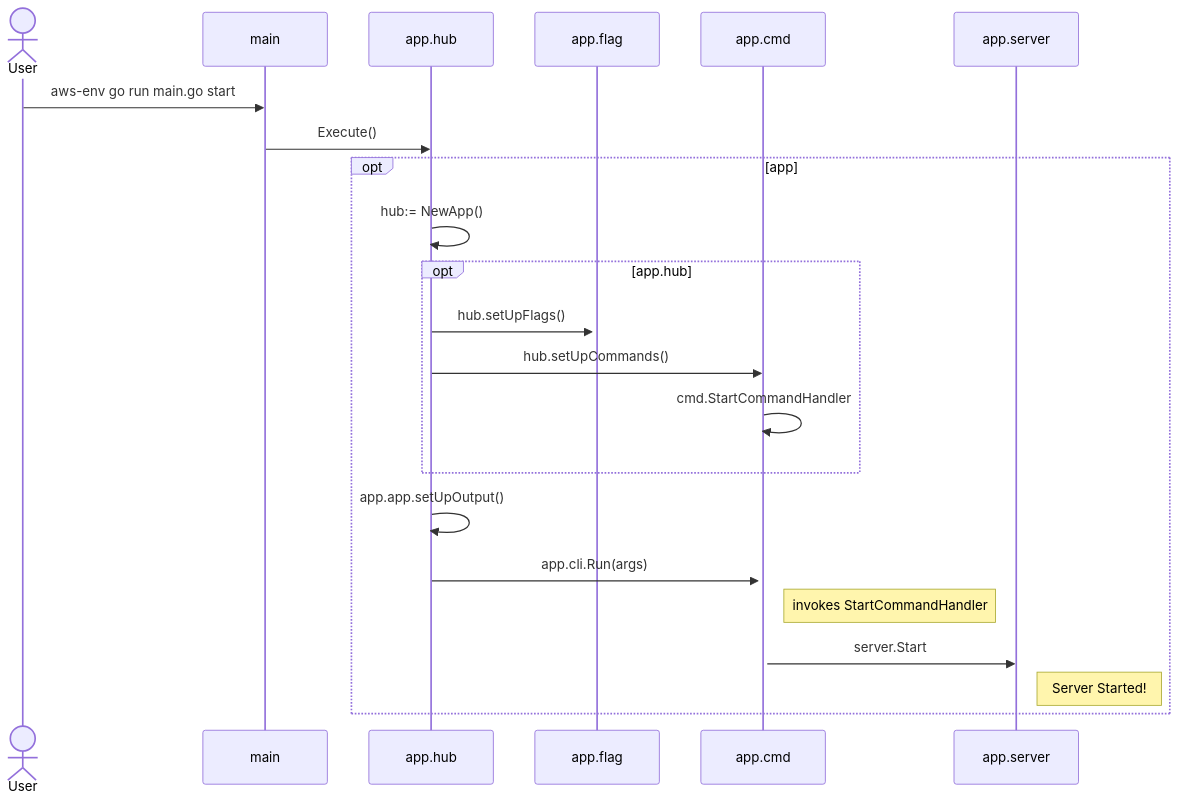
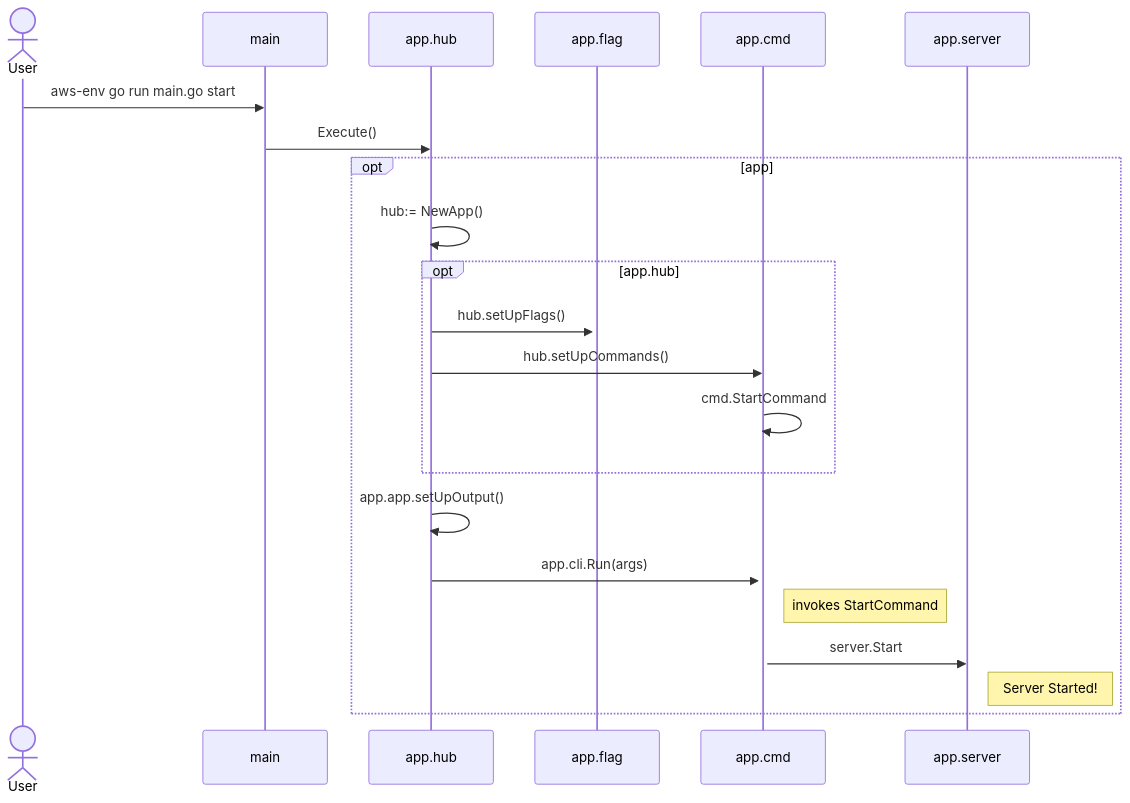
One commit to rajasoun/aws-hub changed the diagram in docs/flow.md. Above: the diagram before and after it, drawn with Mermaid.

Commit message:
docs(flow): application flow

````diff
--- a/docs/flow.md
+++ b/docs/flow.md
@@ -16,19 +16,19 @@
 ```mermaid
 sequenceDiagram
     actor User
     User ->> main : aws-env go run main.go start 
     main ->> app.hub: Execute()
     opt app
         app.hub ->> app.hub: hub:= NewApp()
         opt app.hub
             app.hub  ->> + app.flag: hub.setUpFlags()
             app.hub  ->>    app.cmd: hub.setUpCommands() 
-            app.cmd  ->> + app.cmd: cmd.StartCommandHandler
+            app.cmd  ->> + app.cmd: cmd.StartCommand
         end
         app.hub ->> app.hub: app.app.setUpOutput()
         app.hub ->> app.cmd: app.cli.Run(args)  
-        Note right of app.cmd: invokes StartCommandHandler
+        Note right of app.cmd: invokes StartCommand
         app.cmd ->> app.server: server.Start
         Note right of app.server: Server Started! 
     end
 ```
````
